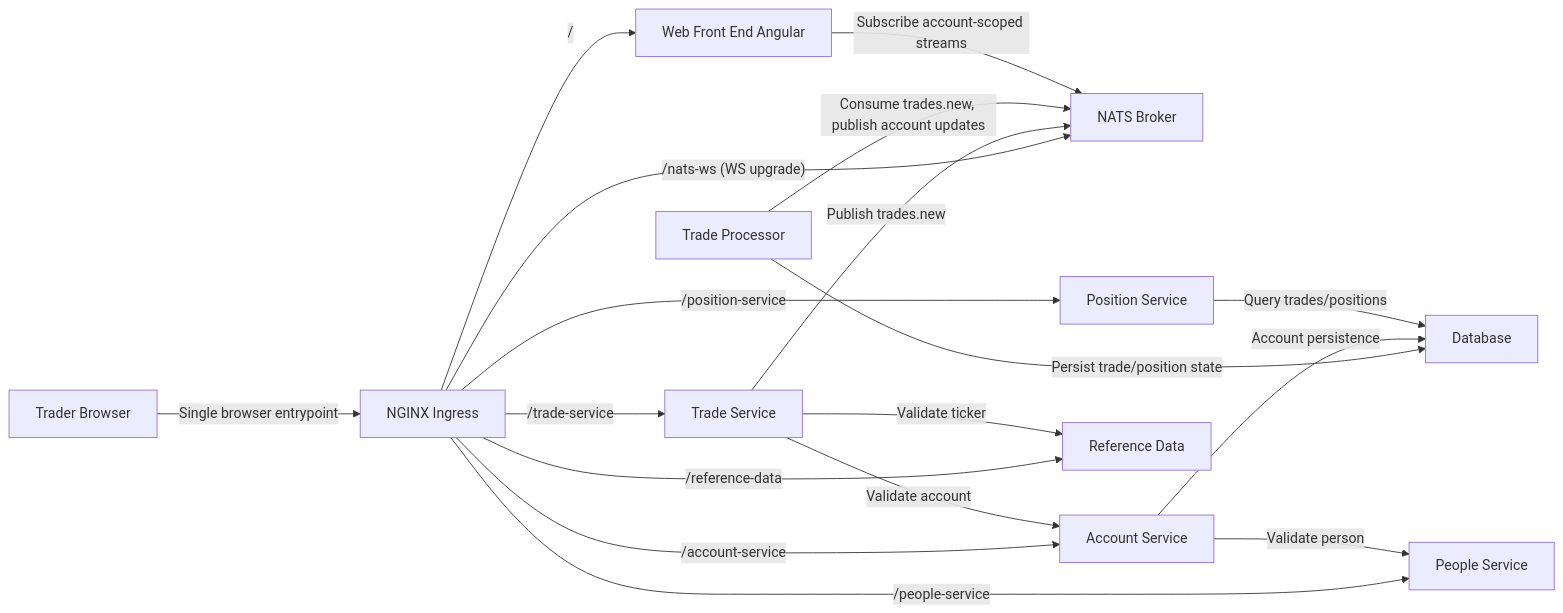
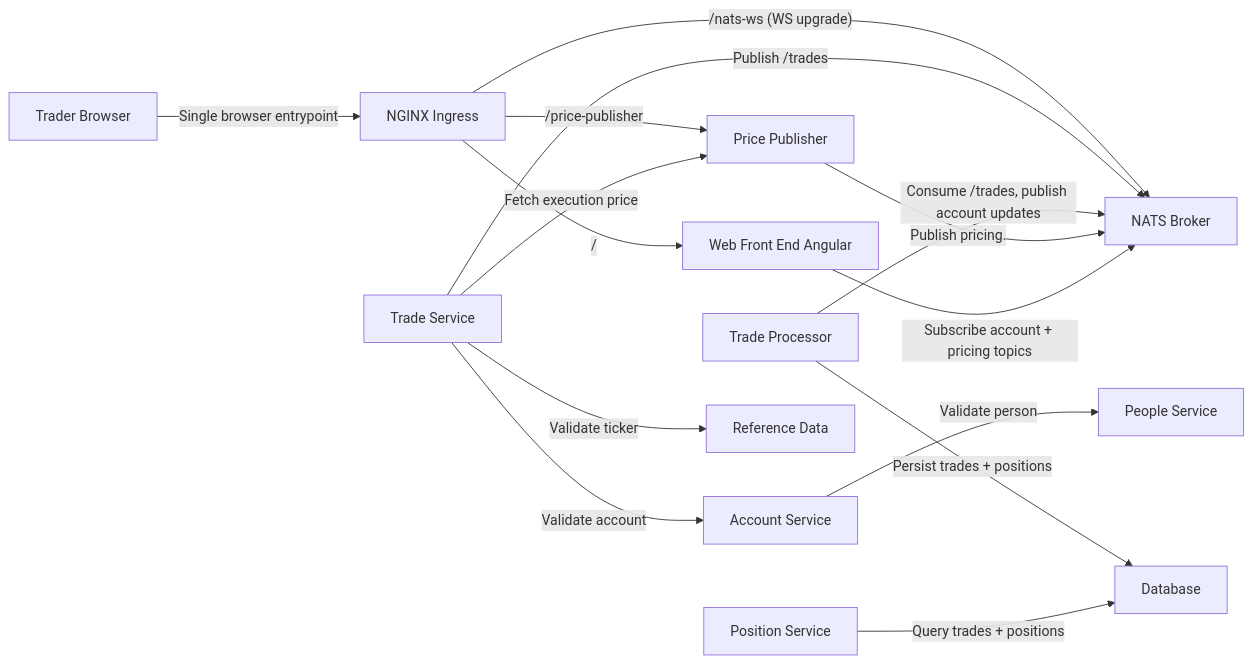
Before and after one commit to finos/traderX: the diagram in docs/learning/software-architecture.md, drawn with Mermaid. The commit also changed other lines of this file and 46 other files, not shown here.

First line of the commit message:
snapshot: 010-pricing-awareness-market-data generated from 68d19a554c7480a615b19c024eb0a88228c6b9ad

````diff
--- a/docs/learning/software-architecture.md
+++ b/docs/learning/software-architecture.md
@@ -42,31 +44,29 @@
 ```mermaid
 flowchart LR
   trader["Trader Browser"]
   ingress["NGINX Ingress"]
   web["Web Front End Angular"]
   nats["NATS Broker"]
+  pricePublisher["Price Publisher"]
   tradeService["Trade Service"]
   tradeProcessor["Trade Processor"]
   account["Account Service"]
   position["Position Service"]
   referenceData["Reference Data"]
   people["People Service"]
   database["Database"]
   trader -->|"Single browser entrypoint"| ingress
   ingress -->|"/"| web
-  ingress -->|"/account-service"| account
-  ingress -->|"/position-service"| position
-  ingress -->|"/trade-service"| tradeService
-  ingress -->|"/reference-data"| referenceData
-  ingress -->|"/people-service"| people
+  ingress -->|"/price-publisher"| pricePublisher
   ingress -->|"/nats-ws (WS upgrade)"| nats
+  tradeService -->|"Validate ticker"| referenceData
   tradeService -->|"Validate account"| account
-  tradeService -->|"Validate ticker"| referenceData
-  tradeService -->|"Publish trades.new"| nats
-  tradeProcessor -->|"Consume trades.new, publish account updates"| nats
-  web -->|"Subscribe account-scoped streams"| nats
-  tradeProcessor -->|"Persist trade/position state"| database
-  account -->|"Account persistence"| database
-  position -->|"Query trades/positions"| database
+  tradeService -->|"Fetch execution price"| pricePublisher
+  tradeService -->|"Publish /trades"| nats
+  tradeProcessor -->|"Consume /trades, publish account updates"| nats
+  pricePublisher -->|"Publish pricing.<TICKER>"| nats
+  web -->|"Subscribe account + pricing topics"| nats
+  tradeProcessor -->|"Persist trades + positions"| database
+  position -->|"Query trades + positions"| database
   account -->|"Validate person"| people
 ```
````
